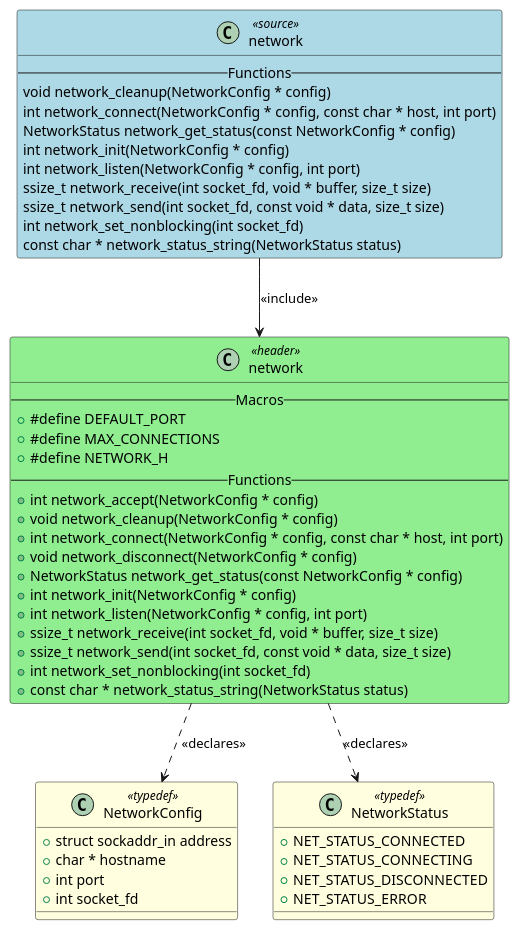
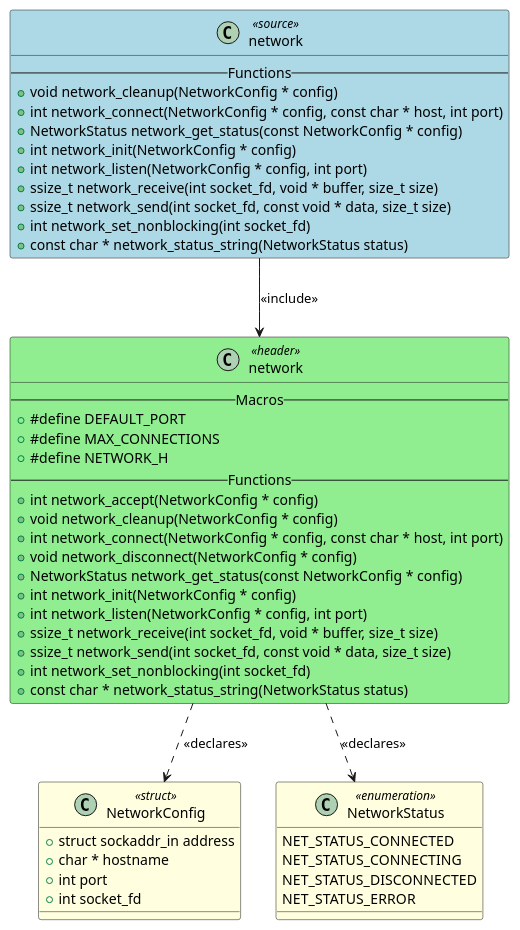
Before and after one commit to fischerjooo/c2puml: the diagram in artifacts/output_example/network.puml, drawn with PlantUML. The commit also changed 31 other files, not shown here.

Commit message:
Enhance UML diagram generation with stereotypes and visibility detection

```diff
--- a/artifacts/output_example/network.puml
+++ b/artifacts/output_example/network.puml
@@ -1,63 +1,63 @@
 @startuml network
 
 class "network" as NETWORK <<source>> #LightBlue
 {
     -- Functions --
-    void network_cleanup(NetworkConfig * config)
-    int network_connect(NetworkConfig * config, const char * host, int port)
-    NetworkStatus network_get_status(const NetworkConfig * config)
-    int network_init(NetworkConfig * config)
-    int network_listen(NetworkConfig * config, int port)
-    ssize_t network_receive(int socket_fd, void * buffer, size_t size)
-    ssize_t network_send(int socket_fd, const void * data, size_t size)
-    int network_set_nonblocking(int socket_fd)
-    const char * network_status_string(NetworkStatus status)
+    + void network_cleanup(NetworkConfig * config)
+    + int network_connect(NetworkConfig * config, const char * host, int port)
+    + NetworkStatus network_get_status(const NetworkConfig * config)
+    + int network_init(NetworkConfig * config)
+    + int network_listen(NetworkConfig * config, int port)
+    + ssize_t network_receive(int socket_fd, void * buffer, size_t size)
+    + ssize_t network_send(int socket_fd, const void * data, size_t size)
+    + int network_set_nonblocking(int socket_fd)
+    + const char * network_status_string(NetworkStatus status)
 }
 
 class "network" as HEADER_NETWORK <<header>> #LightGreen
 {
     -- Macros --
     + #define DEFAULT_PORT
     + #define MAX_CONNECTIONS
     + #define NETWORK_H
     -- Functions --
     + int network_accept(NetworkConfig * config)
     + void network_cleanup(NetworkConfig * config)
     + int network_connect(NetworkConfig * config, const char * host, int port)
     + void network_disconnect(NetworkConfig * config)
     + NetworkStatus network_get_status(const NetworkConfig * config)
     + int network_init(NetworkConfig * config)
     + int network_listen(NetworkConfig * config, int port)
     + ssize_t network_receive(int socket_fd, void * buffer, size_t size)
     + ssize_t network_send(int socket_fd, const void * data, size_t size)
     + int network_set_nonblocking(int socket_fd)
     + const char * network_status_string(NetworkStatus status)
 }
 
-class "NetworkConfig" as TYPEDEF_NETWORKCONFIG <<typedef>> #LightYellow
+class "NetworkConfig" as TYPEDEF_NETWORKCONFIG <<struct>> #LightYellow
 {
     + struct sockaddr_in address
     + char * hostname
     + int port
     + int socket_fd
 }
 
-class "NetworkStatus" as TYPEDEF_NETWORKSTATUS <<typedef>> #LightYellow
+class "NetworkStatus" as TYPEDEF_NETWORKSTATUS <<enumeration>> #LightYellow
 {
-    + NET_STATUS_CONNECTED
-    + NET_STATUS_CONNECTING
-    + NET_STATUS_DISCONNECTED
-    + NET_STATUS_ERROR
+    NET_STATUS_CONNECTED
+    NET_STATUS_CONNECTING
+    NET_STATUS_DISCONNECTED
+    NET_STATUS_ERROR
 }
 
 
 ' Include relationships
 NETWORK --> HEADER_NETWORK : <<include>>
 
 ' Declaration relationships
 HEADER_NETWORK ..> TYPEDEF_NETWORKCONFIG : <<declares>>
 HEADER_NETWORK ..> TYPEDEF_NETWORKSTATUS : <<declares>>
 
 ' Uses relationships
 
 @enduml
```
